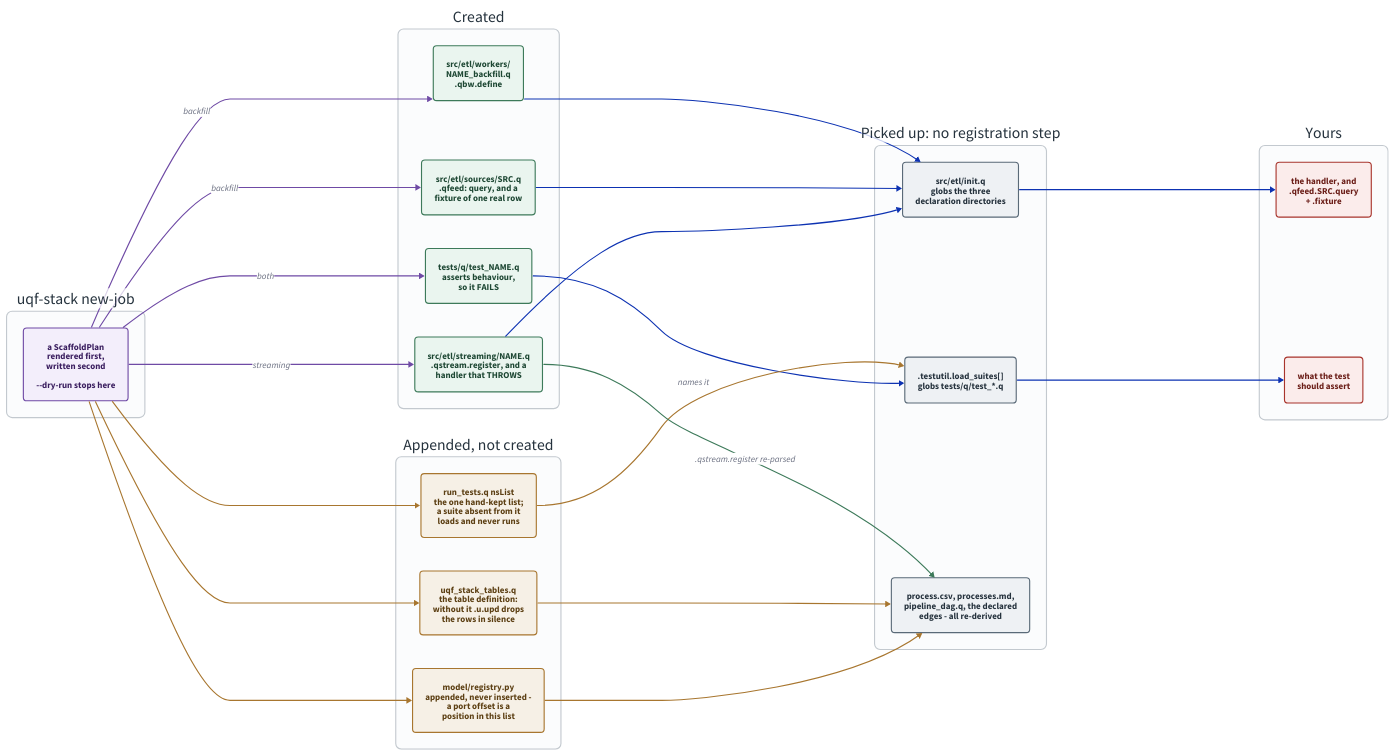
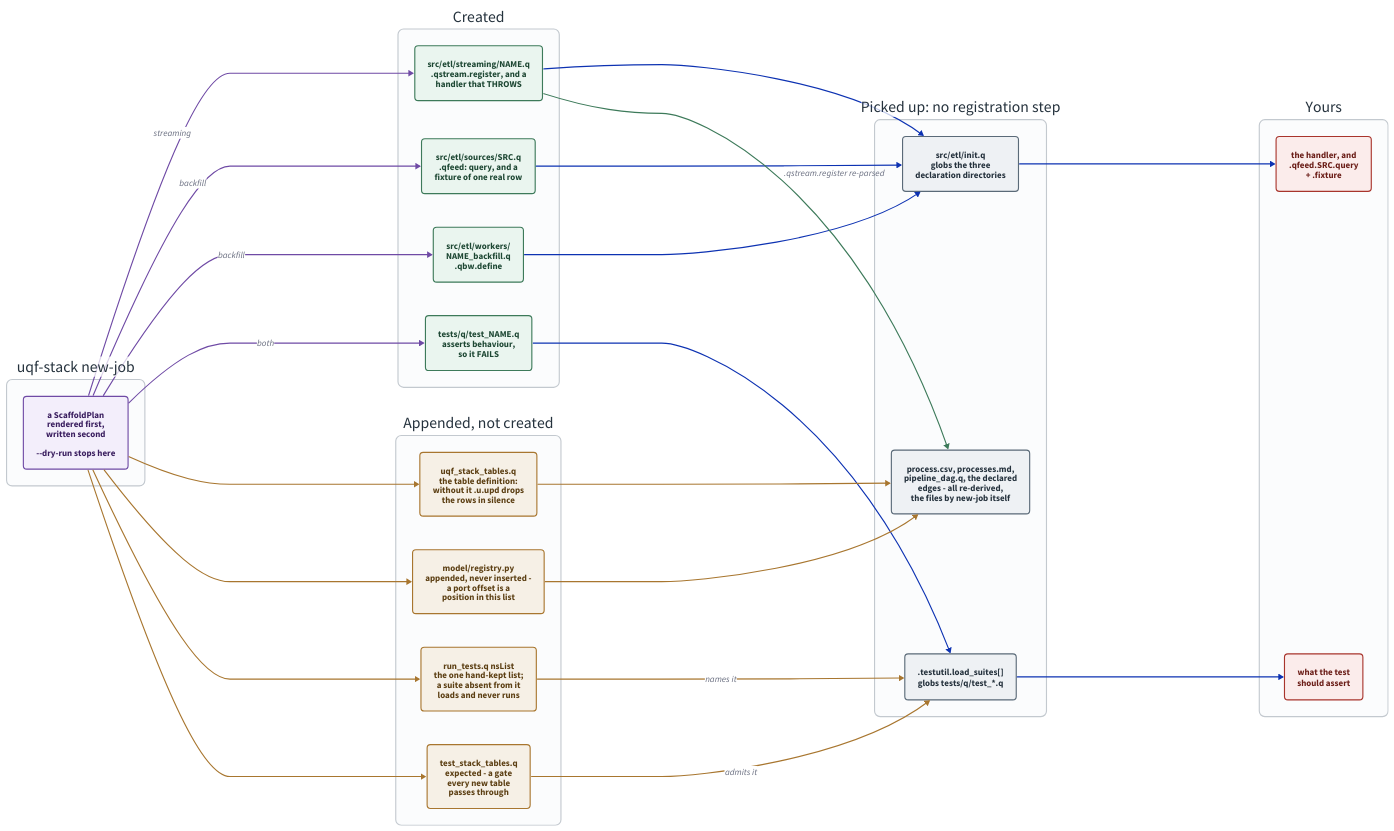
Before and after one commit to kwojdalski/uqf: the diagram in docs/diagrams/scaffolding.d2, drawn with D2. The commit also changed 10 other files, not shown here.

```diff
--- a/docs/diagrams/scaffolding.d2
+++ b/docs/diagrams/scaffolding.d2
@@ -1,139 +1,144 @@
 # scaffolding.d2 - what `uqf-stack new-job` writes, and what picks each file
 # up afterwards.
 #
 # Rendered by scripts/generate/render_diagrams.py, which CI runs with
 # --check. Embedded from docs/guides/new-pipeline.md.
 #
 # THE THING THIS DRAWS is that there is no registration step. Three
 # directories are globbed by src/etl/init.q and one by .testutil.load_suites,
-# so a new file is loaded because it exists. The two APPENDS are exactly the
-# two facts that are NOT derivable from the tree - the registry, where a
-# process's port offset is its position in a list, and nsList, the one
-# hand-kept list of test namespaces - which is why they are the only two
-# places the scaffold has to edit rather than create.
+# so a new file is loaded because it exists. The APPENDS are the facts that
+# are NOT derivable from the tree - the table definition, the registry, where
+# a process's port offset is its position in a list, nsList, the one
+# hand-kept list of test namespaces, and the q suite's list of tables, a
+# deliberate gate - which is why they are the only places the scaffold has to
+# edit rather than create. Everything derived from the registry, new-job
+# regenerates itself before it returns.
 #
 # The other thing worth seeing is the red column. The scaffold writes the
 # SHAPE and never the logic: the generated handler throws and the generated
 # test fails, deliberately, because a scaffold that left something green
 # behind would make "generated" and "implemented" look the same from outside.
 # That is the state stack_smoke.py exists to catch - a process that is `up`,
 # heartbeating, and publishing nothing.
 
 
 direction: right
 
 vars: {
   d2-config: {
     pad: 40
   }
 }
 
 classes: {
   command: {
     style: {
       fill: "#f3eefb"
       stroke: "#6f4aa5"
       font-color: "#3a1e5f"
       border-radius: 6
     }
   }
   created: {
     style: {
       fill: "#eaf5ef"
       stroke: "#3d7a5a"
       font-color: "#1d4733"
       border-radius: 6
     }
   }
   appended: {
     style: {
       fill: "#f6f0e6"
       stroke: "#a8762f"
       font-color: "#5c3f13"
       border-radius: 6
     }
   }
   derived: {
     style: {
       fill: "#eef1f4"
       stroke: "#5a6a78"
       font-color: "#25323d"
       border-radius: 6
     }
   }
   todo: {
     style: {
       fill: "#fbeceb"
       stroke: "#a8342c"
       font-color: "#6b1e18"
       border-radius: 6
     }
   }
   band: {
     style: {
       fill: "#fbfcfd"
       stroke: "#c3c9cf"
       stroke-width: 2
       border-radius: 10
       font-color: "#25323d"
     }
   }
 }
 
 cmd: "uqf-stack new-job" {
   class: band
 
   plan: "a ScaffoldPlan\nrendered first,\nwritten second\n\n--dry-run stops here" { class: command }
 }
 
 written: "Created" {
   class: band
 
   job: "src/etl/streaming/NAME.q\n.qstream.register, and a\nhandler that THROWS" { class: created }
   source: "src/etl/sources/SRC.q\n.qfeed: query, and a\nfixture of one real row" { class: created }
   worker: "src/etl/workers/\nNAME_backfill.q\n.qbw.define" { class: created }
   test: "tests/q/test_NAME.q\nasserts behaviour,\nso it FAILS" { class: created }
 }
 
 appended: "Appended, not created" {
   class: band
 
   tables: "uqf_stack_tables.q\nthe table definition:\nwithout it .u.upd drops\nthe rows in silence" { class: appended }
   registry: "model/registry.py\nappended, never inserted -\na port offset is a\nposition in this list" { class: appended }
   nslist: "run_tests.q nsList\nthe one hand-kept list;\na suite absent from it\nloads and never runs" { class: appended }
+  tablelist: "test_stack_tables.q\nexpected - a gate\nevery new table\npasses through" { class: appended }
 }
 
 picked_up: "Picked up: no registration step" {
   class: band
 
   init: "src/etl/init.q\nglobs the three\ndeclaration directories" { class: derived }
   suites: ".testutil.load_suites[]\nglobs tests/q/test_*.q" { class: derived }
-  consumers: "process.csv, processes.md,\npipeline_dag.q, the declared\nedges - all re-derived" { class: derived }
+  consumers: "process.csv, processes.md,\npipeline_dag.q, the declared\nedges - all re-derived,\nthe files by new-job itself" { class: derived }
 }
 
 todo: "Yours" {
   class: band
 
   logic: "the handler, and\n.qfeed.SRC.query\n+ .fixture" { class: todo }
   assertion: "what the test\nshould assert" { class: todo }
 }
 
 cmd.plan -> written.job: "streaming" { style.stroke: "#6f4aa5" }
 cmd.plan -> written.source: "backfill" { style.stroke: "#6f4aa5" }
 cmd.plan -> written.worker: "backfill" { style.stroke: "#6f4aa5" }
 cmd.plan -> written.test: "both" { style.stroke: "#6f4aa5" }
 cmd.plan -> appended.tables { style.stroke: "#a8762f" }
 cmd.plan -> appended.registry { style.stroke: "#a8762f" }
 cmd.plan -> appended.nslist { style.stroke: "#a8762f" }
+cmd.plan -> appended.tablelist { style.stroke: "#a8762f" }
 
 written.job -> picked_up.init
 written.source -> picked_up.init
 written.worker -> picked_up.init
 written.test -> picked_up.suites
 appended.nslist -> picked_up.suites: "names it" { style.stroke: "#a8762f" }
+appended.tablelist -> picked_up.suites: "admits it" { style.stroke: "#a8762f" }
 appended.registry -> picked_up.consumers { style.stroke: "#a8762f" }
 appended.tables -> picked_up.consumers { style.stroke: "#a8762f" }
 written.job -> picked_up.consumers: ".qstream.register re-parsed" { style.stroke: "#3d7a5a" }
 
 picked_up.init -> todo.logic
 picked_up.suites -> todo.assertion
```
